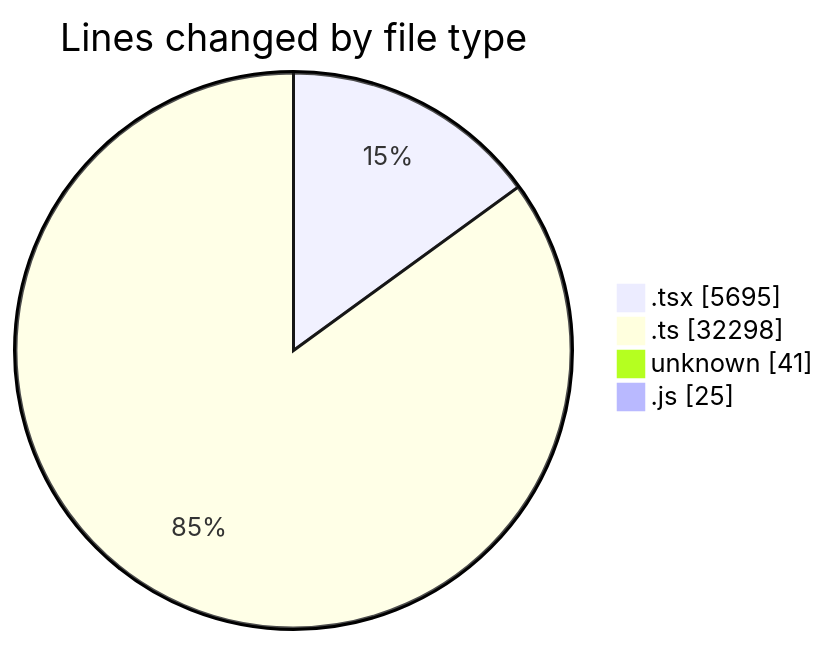
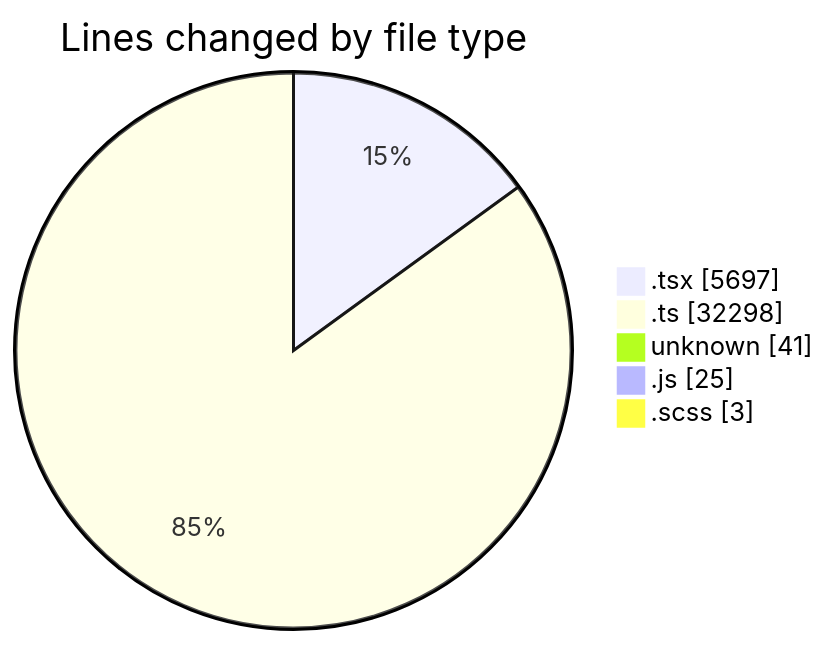
Before and after one commit to momahboobian/code-tracking: the first of 2 diagrams in 2025-07-07/cda/README.md, drawn with Mermaid. The commit also changed other lines of this file and 1 other file, not shown here.

````diff
--- a/2025-07-07/cda/README.md
+++ b/2025-07-07/cda/README.md
@@ -37,8 +38,9 @@
 ```mermaid
 pie showData
 title Lines changed by file type
-".tsx" : 5695
+".tsx" : 5697
 ".ts" : 32298
 "unknown" : 41
 ".js" : 25
+".scss" : 3
 ```
````
